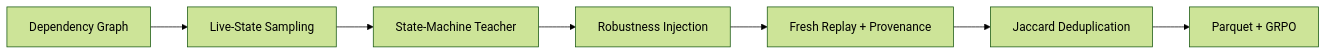
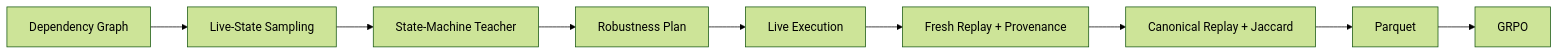
The diagram in README.md (liuzy1019/LiveMCP-GRPO), drawn with Mermaid (forest theme) before and after one commit. The commit also changed other lines of this file and 282 other files, not shown here.

````diff
--- a/README.md
+++ b/README.md
@@ -27,9 +21,11 @@
 ```mermaid
 flowchart LR
     A[Dependency Graph] --> B[Live-State Sampling]
     B --> C[State-Machine Teacher]
-    C --> D[Robustness Injection]
-    D --> E[Fresh Replay + Provenance]
-    E --> F[Jaccard Deduplication]
-    F --> G[Parquet + GRPO]
+    C --> D[Robustness Plan]
+    D --> E[Live Execution]
+    E --> F[Fresh Replay + Provenance]
+    F --> G[Canonical Replay + Jaccard]
+    G --> H[Parquet]
+    H --> I[GRPO]
 ```
````
